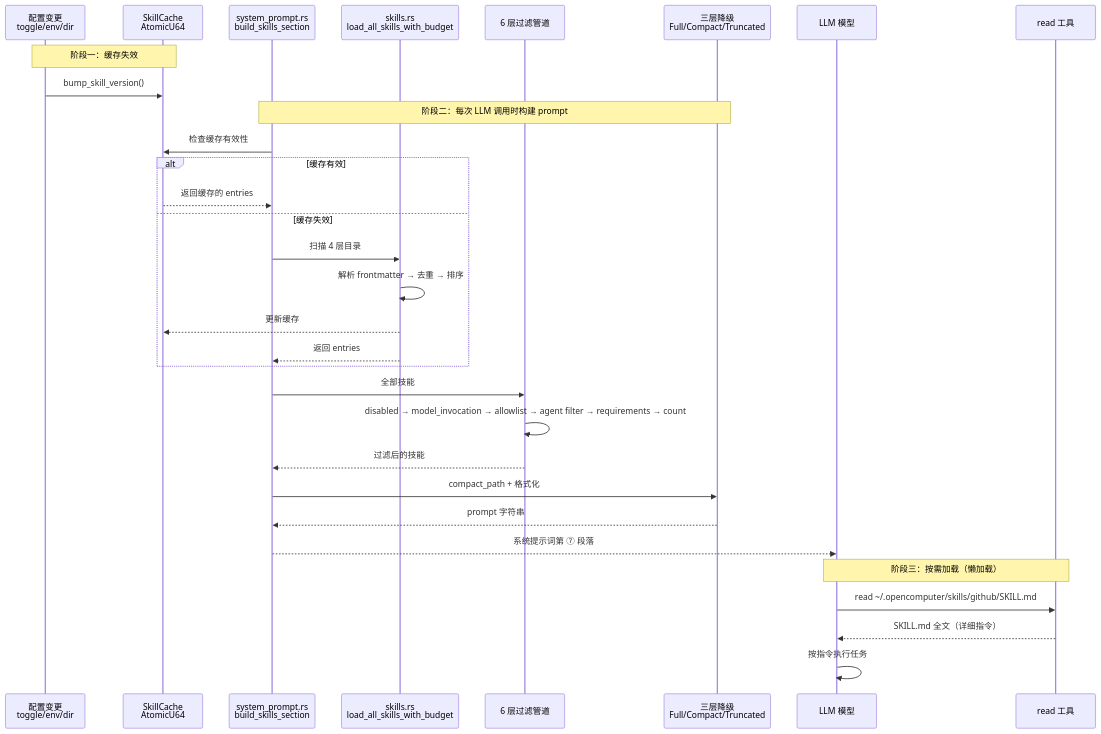
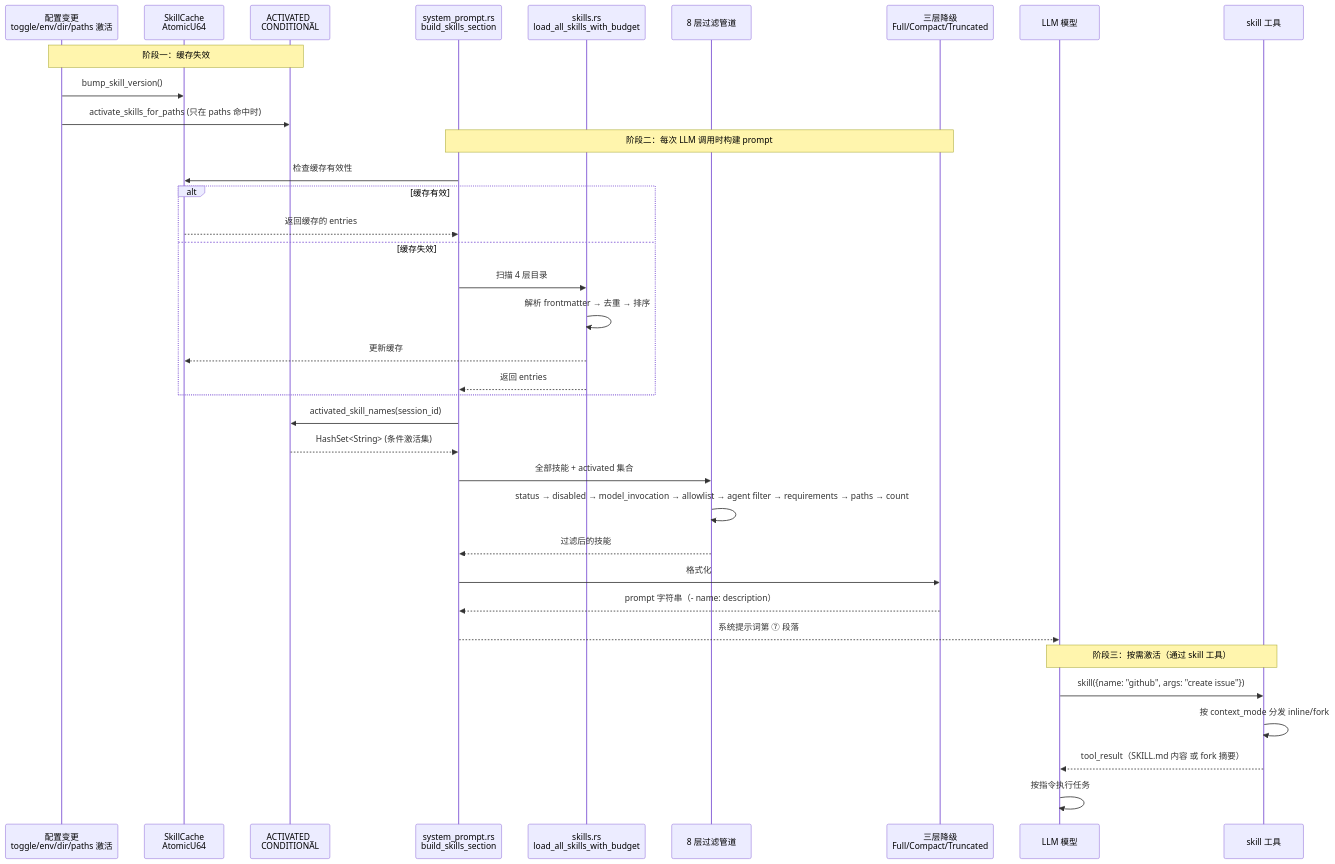
Before and after one commit to shiwenwen/hope-agent: diagram 17 of 18 in docs/architecture/skill-system.md, drawn with Mermaid. The commit also changed other lines of this file and 30 other files, not shown here.

````diff
--- a/docs/architecture/skill-system.md
+++ b/docs/architecture/skill-system.md
@@ -866,39 +1328,45 @@
 ```mermaid
 sequenceDiagram
-    participant CFG as 配置变更<br/>toggle/env/dir
+    participant CFG as 配置变更<br/>toggle/env/dir/paths 激活
     participant CACHE as SkillCache<br/>AtomicU64
+    participant ACT as ACTIVATED_<br/>CONDITIONAL
     participant SP as system_prompt.rs<br/>build_skills_section
     participant LOAD as skills.rs<br/>load_all_skills_with_budget
-    participant FILTER as 6 层过滤管道
+    participant FILTER as 8 层过滤管道
     participant BUDGET as 三层降级<br/>Full/Compact/Truncated
     participant LLM as LLM 模型
-    participant READ as read 工具
+    participant SKTOOL as skill 工具
 
-    Note over CFG,CACHE: 阶段一：缓存失效
+    Note over CFG,ACT: 阶段一：缓存失效
     CFG->>CACHE: bump_skill_version()
+    CFG->>ACT: activate_skills_for_paths (只在 paths 命中时)
 
     Note over SP,BUDGET: 阶段二：每次 LLM 调用时构建 prompt
     SP->>CACHE: 检查缓存有效性
     alt 缓存有效
         CACHE-->>SP: 返回缓存的 entries
     else 缓存失效
         SP->>LOAD: 扫描 4 层目录
         LOAD->>LOAD: 解析 frontmatter → 去重 → 排序
         LOAD-->>CACHE: 更新缓存
         LOAD-->>SP: 返回 entries
     end
 
-    SP->>FILTER: 全部技能
-    FILTER->>FILTER: disabled → model_invocation → allowlist → agent filter → requirements → count
+    SP->>ACT: activated_skill_names(session_id)
+    ACT-->>SP: HashSet<String> (条件激活集)
+
+    SP->>FILTER: 全部技能 + activated 集合
+    FILTER->>FILTER: status → disabled → model_invocation → allowlist → agent filter → requirements → paths → count
     FILTER-->>SP: 过滤后的技能
 
-    SP->>BUDGET: compact_path + 格式化
-    BUDGET-->>SP: prompt 字符串
+    SP->>BUDGET: 格式化
+    BUDGET-->>SP: prompt 字符串（- name: description）
 
     SP-->>LLM: 系统提示词第 ⑦ 段落
 
-    Note over LLM,READ: 阶段三：按需加载（懒加载）
-    LLM->>READ: read ~/.opencomputer/skills/github/SKILL.md
-    READ-->>LLM: SKILL.md 全文（详细指令）
+    Note over LLM,SKTOOL: 阶段三：按需激活（通过 skill 工具）
+    LLM->>SKTOOL: skill({name: "github", args: "create issue"})
+    SKTOOL->>SKTOOL: 按 context_mode 分发 inline/fork
+    SKTOOL-->>LLM: tool_result（SKILL.md 内容 或 fork 摘要）
     LLM->>LLM: 按指令执行任务
 ```
````
